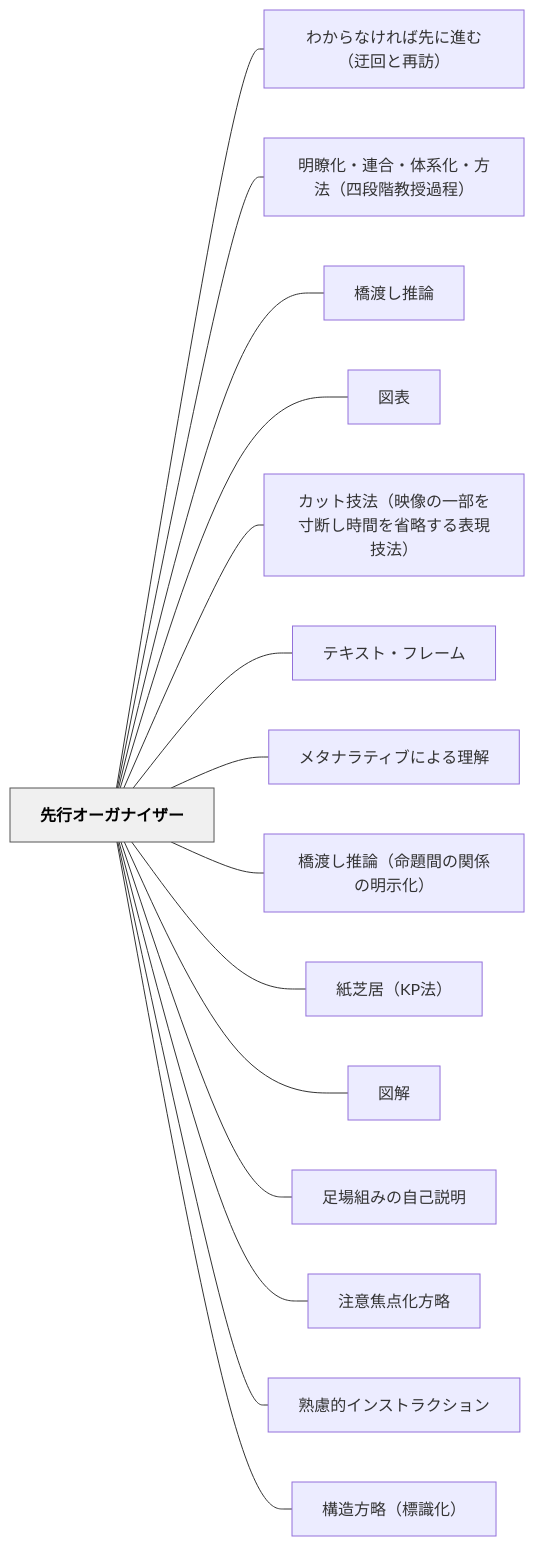
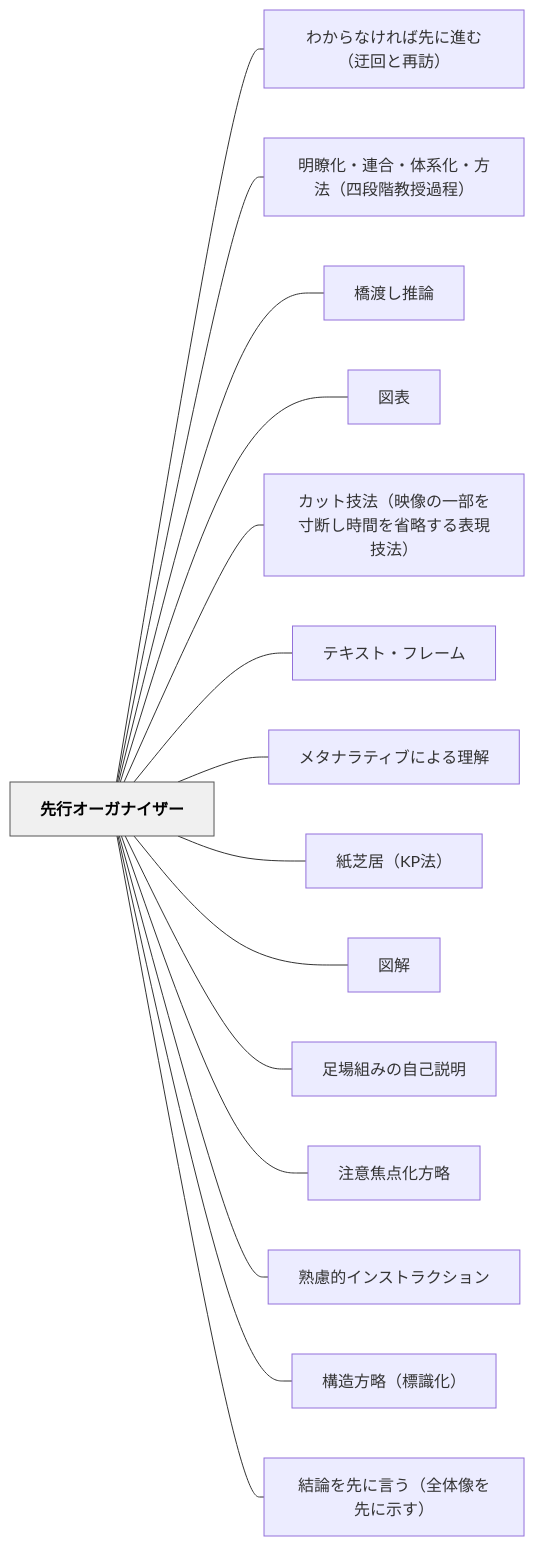
The diagram in content/パタン/先行オーガナイザー.md (unknownthings-ed-patterns/unknownthings-ed-patterns), drawn with Mermaid before and after one commit. The commit also changed other lines of this file and 18 other files, not shown here.

````diff
--- a/content/パタン/先行オーガナイザー.md
+++ b/content/パタン/先行オーガナイザー.md
@@ -56,36 +56,36 @@
 ```mermaid
 flowchart LR
     ne58588e8a18ce382aae383bce382ace3838ae382a4e382b6e383bc["先行オーガナイザー"]
     ne3828fe3818be38289e381aae38191e3828ce381b0e58588e381abe980b2e38280efbc88e8bf82e59b9ee381a8e5868de8a8aaefbc89["わからなければ先に進む（迂回と再訪）"]
     ne6988ee79eade58c96e383bbe980a3e59088e383bbe4bd93e7b3bbe58c96e383bbe696b9e6b395efbc88e59b9be6aeb5e99a8ee69599e68e88e9818ee7a88befbc89["明瞭化・連合・体系化・方法（四段階教授過程）"]
     ne6a98be6b8a1e38197e68ea8e8ab96["橋渡し推論"]
     ne59bb3e8a1a8["図表"]
     ne382abe38383e38388e68a80e6b395efbc88e698a0e5838fe381aee4b880e983a8e38292e5afb8e696ade38197e69982e99693e38292e79c81e795a5e38199e3828be8a1a8e78fbee68a80e6b395efbc89["カット技法（映像の一部を寸断し時間を省略する表現技法）"]
     ne38386e382ade382b9e38388e383bbe38395e383ace383bce383a0["テキスト・フレーム"]
     ne383a1e382bfe3838ae383a9e38386e382a3e38396e381abe38288e3828be79086e8a7a3["メタナラティブによる理解"]
-    ne6a98be6b8a1e38197e68ea8e8ab96efbc88e591bde9a18ce99693e381aee996a2e4bf82e381aee6988ee7a4bae58c96efbc89["橋渡し推論（命題間の関係の明示化）"]
     ne7b499e88a9de5b185efbc884b50e6b395efbc89["紙芝居（KP法）"]
     ne59bb3e8a7a3["図解"]
     ne8b6b3e5a0b4e7b584e381bfe381aee887aae5b7b1e8aaace6988e["足場組みの自己説明"]
     ne6b3a8e6848fe784a6e782b9e58c96e696b9e795a5["注意焦点化方略"]
     ne7869fe685aee79a84e382a4e383b3e382b9e38388e383a9e382afe382b7e383a7e383b3["熟慮的インストラクション"]
     ne6a78be980a0e696b9e795a5efbc88e6a899e8ad98e58c96efbc89["構造方略（標識化）"]
+    ne7b590e8ab96e38292e58588e381abe8a880e38186efbc88e585a8e4bd93e5838fe38292e58588e381abe7a4bae38199efbc89["結論を先に言う（全体像を先に示す）"]
 
     ne58588e8a18ce382aae383bce382ace3838ae382a4e382b6e383bc --- ne3828fe3818be38289e381aae38191e3828ce381b0e58588e381abe980b2e38280efbc88e8bf82e59b9ee381a8e5868de8a8aaefbc89
     ne58588e8a18ce382aae383bce382ace3838ae382a4e382b6e383bc --- ne6988ee79eade58c96e383bbe980a3e59088e383bbe4bd93e7b3bbe58c96e383bbe696b9e6b395efbc88e59b9be6aeb5e99a8ee69599e68e88e9818ee7a88befbc89
     ne58588e8a18ce382aae383bce382ace3838ae382a4e382b6e383bc --- ne6a98be6b8a1e38197e68ea8e8ab96
     ne58588e8a18ce382aae383bce382ace3838ae382a4e382b6e383bc --- ne59bb3e8a1a8
     ne58588e8a18ce382aae383bce382ace3838ae382a4e382b6e383bc --- ne382abe38383e38388e68a80e6b395efbc88e698a0e5838fe381aee4b880e983a8e38292e5afb8e696ade38197e69982e99693e38292e79c81e795a5e38199e3828be8a1a8e78fbee68a80e6b395efbc89
     ne58588e8a18ce382aae383bce382ace3838ae382a4e382b6e383bc --- ne38386e382ade382b9e38388e383bbe38395e383ace383bce383a0
     ne58588e8a18ce382aae383bce382ace3838ae382a4e382b6e383bc --- ne383a1e382bfe3838ae383a9e38386e382a3e38396e381abe38288e3828be79086e8a7a3
-    ne58588e8a18ce382aae383bce382ace3838ae382a4e382b6e383bc --- ne6a98be6b8a1e38197e68ea8e8ab96efbc88e591bde9a18ce99693e381aee996a2e4bf82e381aee6988ee7a4bae58c96efbc89
     ne58588e8a18ce382aae383bce382ace3838ae382a4e382b6e383bc --- ne7b499e88a9de5b185efbc884b50e6b395efbc89
     ne58588e8a18ce382aae383bce382ace3838ae382a4e382b6e383bc --- ne59bb3e8a7a3
     ne58588e8a18ce382aae383bce382ace3838ae382a4e382b6e383bc --- ne8b6b3e5a0b4e7b584e381bfe381aee887aae5b7b1e8aaace6988e
     ne58588e8a18ce382aae383bce382ace3838ae382a4e382b6e383bc --- ne6b3a8e6848fe784a6e782b9e58c96e696b9e795a5
     ne58588e8a18ce382aae383bce382ace3838ae382a4e382b6e383bc --- ne7869fe685aee79a84e382a4e383b3e382b9e38388e383a9e382afe382b7e383a7e383b3
     ne58588e8a18ce382aae383bce382ace3838ae382a4e382b6e383bc --- ne6a78be980a0e696b9e795a5efbc88e6a899e8ad98e58c96efbc89
+    ne58588e8a18ce382aae383bce382ace3838ae382a4e382b6e383bc --- ne7b590e8ab96e38292e58588e381abe8a880e38186efbc88e585a8e4bd93e5838fe38292e58588e381abe7a4bae38199efbc89
 
     classDef hub fill:#f0f0f0,stroke:#555,color:#000,font-weight:bold
     class ne58588e8a18ce382aae383bce382ace3838ae382a4e382b6e383bc hub
 ```
````
